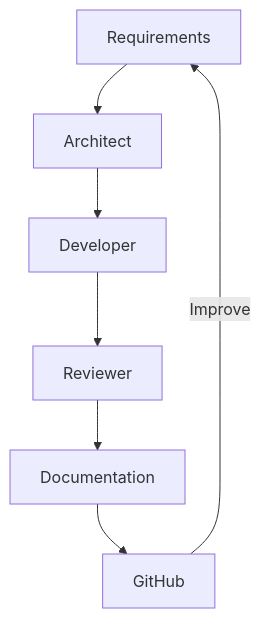
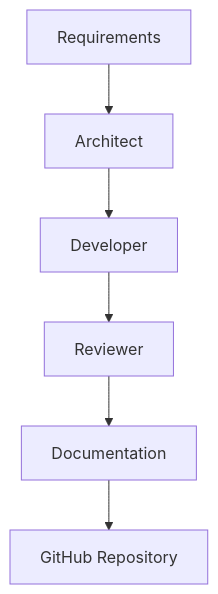
The diagram in docs/architecture/ai-workflows.md (JimJamJr/self-hosted-ai-development-environment), drawn with Mermaid before and after one commit. The commit also changed other lines of this file, not shown here.

````diff
--- a/docs/architecture/ai-workflows.md
+++ b/docs/architecture/ai-workflows.md
@@ -7,16 +9,15 @@
 ```mermaid
 graph TD
 
 A[Requirements]
---> B[Architect]
+
+A --> B[Architect]
 
 B --> C[Developer]
 
 C --> D[Reviewer]
 
 D --> E[Documentation]
 
-E --> F[GitHub]
-
-F --Improve--> A
+E --> F[GitHub Repository]
 ```
````
